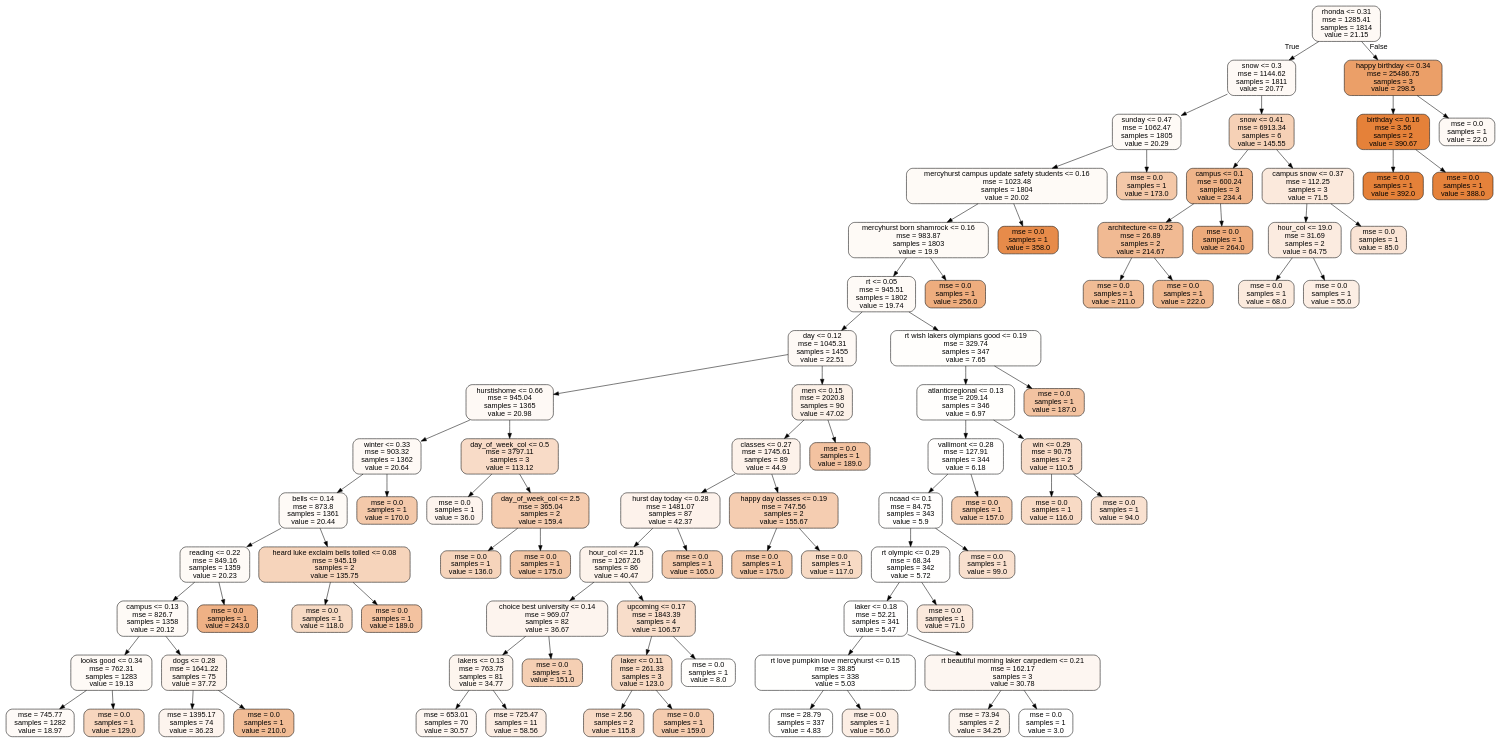
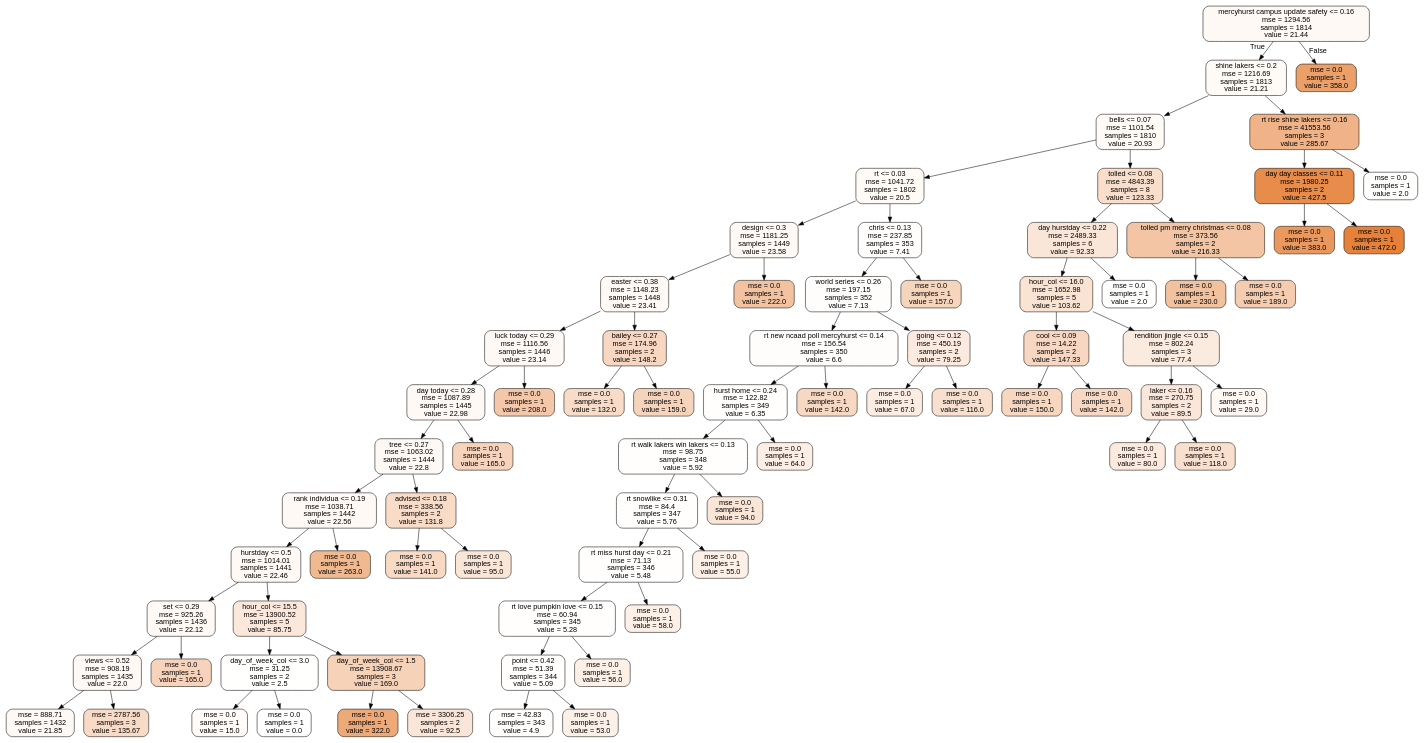
One commit to justinminsk/mining_mercyhurst changed the diagram in rf.dot. Above: the diagram before and after it, drawn with Graphviz. The commit also changed 7 other files, not shown here.

```diff
--- a/rf.dot
+++ b/rf.dot
@@ -1,173 +1,153 @@
 digraph Tree {
 node [shape=box, style="filled, rounded", color="black", fontname=helvetica] ;
 edge [fontname=helvetica] ;
-0 [label="rhonda <= 0.31\nmse = 1285.41\nsamples = 1814\nvalue = 21.15", fillcolor="#e581390c"] ;
-1 [label="snow <= 0.3\nmse = 1144.62\nsamples = 1811\nvalue = 20.77", fillcolor="#e581390c"] ;
+0 [label="mercyhurst campus update safety <= 0.16\nmse = 1294.56\nsamples = 1814\nvalue = 21.44", fillcolor="#e581390c"] ;
+1 [label="shine lakers <= 0.2\nmse = 1216.69\nsamples = 1813\nvalue = 21.21", fillcolor="#e581390b"] ;
 0 -> 1 [labeldistance=2.5, labelangle=45, headlabel="True"] ;
-2 [label="sunday <= 0.47\nmse = 1062.47\nsamples = 1805\nvalue = 20.29", fillcolor="#e581390b"] ;
+2 [label="bells <= 0.07\nmse = 1101.54\nsamples = 1810\nvalue = 20.93", fillcolor="#e581390b"] ;
 1 -> 2 ;
-3 [label="mercyhurst campus update safety students <= 0.16\nmse = 1023.48\nsamples = 1804\nvalue = 20.02", fillcolor="#e581390b"] ;
+3 [label="rt <= 0.03\nmse = 1041.72\nsamples = 1802\nvalue = 20.5", fillcolor="#e581390b"] ;
 2 -> 3 ;
-4 [label="mercyhurst born shamrock <= 0.16\nmse = 983.87\nsamples = 1803\nvalue = 19.9", fillcolor="#e581390b"] ;
+4 [label="design <= 0.3\nmse = 1181.25\nsamples = 1449\nvalue = 23.58", fillcolor="#e581390d"] ;
 3 -> 4 ;
-5 [label="rt <= 0.05\nmse = 945.51\nsamples = 1802\nvalue = 19.74", fillcolor="#e581390b"] ;
+5 [label="easter <= 0.38\nmse = 1148.23\nsamples = 1448\nvalue = 23.41", fillcolor="#e581390d"] ;
 4 -> 5 ;
-6 [label="day <= 0.12\nmse = 1045.31\nsamples = 1455\nvalue = 22.51", fillcolor="#e581390d"] ;
+6 [label="luck today <= 0.29\nmse = 1116.56\nsamples = 1446\nvalue = 23.14", fillcolor="#e581390d"] ;
 5 -> 6 ;
-7 [label="hurstishome <= 0.66\nmse = 945.04\nsamples = 1365\nvalue = 20.98", fillcolor="#e581390c"] ;
+7 [label="day today <= 0.28\nmse = 1087.89\nsamples = 1445\nvalue = 22.98", fillcolor="#e581390c"] ;
 6 -> 7 ;
-8 [label="winter <= 0.33\nmse = 903.32\nsamples = 1362\nvalue = 20.64", fillcolor="#e581390c"] ;
+8 [label="tree <= 0.27\nmse = 1063.02\nsamples = 1444\nvalue = 22.8", fillcolor="#e581390c"] ;
 7 -> 8 ;
-9 [label="bells <= 0.14\nmse = 873.8\nsamples = 1361\nvalue = 20.44", fillcolor="#e581390b"] ;
+9 [label="rank individua <= 0.19\nmse = 1038.71\nsamples = 1442\nvalue = 22.56", fillcolor="#e581390c"] ;
 8 -> 9 ;
-10 [label="reading <= 0.22\nmse = 849.16\nsamples = 1359\nvalue = 20.23", fillcolor="#e581390b"] ;
+10 [label="hurstday <= 0.5\nmse = 1014.01\nsamples = 1441\nvalue = 22.46", fillcolor="#e581390c"] ;
 9 -> 10 ;
-11 [label="campus <= 0.13\nmse = 826.7\nsamples = 1358\nvalue = 20.12", fillcolor="#e581390b"] ;
+11 [label="set <= 0.29\nmse = 925.26\nsamples = 1436\nvalue = 22.12", fillcolor="#e581390c"] ;
 10 -> 11 ;
-12 [label="looks good <= 0.34\nmse = 762.31\nsamples = 1283\nvalue = 19.13", fillcolor="#e581390b"] ;
+12 [label="views <= 0.52\nmse = 908.19\nsamples = 1435\nvalue = 22.0", fillcolor="#e581390c"] ;
 11 -> 12 ;
-13 [label="mse = 745.77\nsamples = 1282\nvalue = 18.97", fillcolor="#e581390a"] ;
+13 [label="mse = 888.71\nsamples = 1432\nvalue = 21.85", fillcolor="#e581390c"] ;
 12 -> 13 ;
-14 [label="mse = 0.0\nsamples = 1\nvalue = 129.0", fillcolor="#e5813953"] ;
+14 [label="mse = 2787.56\nsamples = 3\nvalue = 135.67", fillcolor="#e5813949"] ;
 12 -> 14 ;
-15 [label="dogs <= 0.28\nmse = 1641.22\nsamples = 75\nvalue = 37.72", fillcolor="#e5813917"] ;
+15 [label="mse = 0.0\nsamples = 1\nvalue = 165.0", fillcolor="#e5813959"] ;
 11 -> 15 ;
-16 [label="mse = 1395.17\nsamples = 74\nvalue = 36.23", fillcolor="#e5813916"] ;
-15 -> 16 ;
-17 [label="mse = 0.0\nsamples = 1\nvalue = 210.0", fillcolor="#e5813988"] ;
-15 -> 17 ;
-18 [label="mse = 0.0\nsamples = 1\nvalue = 243.0", fillcolor="#e581399d"] ;
-10 -> 18 ;
-19 [label="heard luke exclaim bells tolled <= 0.08\nmse = 945.19\nsamples = 2\nvalue = 135.75", fillcolor="#e5813957"] ;
-9 -> 19 ;
-20 [label="mse = 0.0\nsamples = 1\nvalue = 118.0", fillcolor="#e581394b"] ;
-19 -> 20 ;
-21 [label="mse = 0.0\nsamples = 1\nvalue = 189.0", fillcolor="#e581397a"] ;
-19 -> 21 ;
-22 [label="mse = 0.0\nsamples = 1\nvalue = 170.0", fillcolor="#e581396d"] ;
-8 -> 22 ;
-23 [label="day_of_week_col <= 0.5\nmse = 3797.11\nsamples = 3\nvalue = 113.12", fillcolor="#e5813948"] ;
-7 -> 23 ;
-24 [label="mse = 0.0\nsamples = 1\nvalue = 36.0", fillcolor="#e5813916"] ;
-23 -> 24 ;
-25 [label="day_of_week_col <= 2.5\nmse = 365.04\nsamples = 2\nvalue = 159.4", fillcolor="#e5813967"] ;
-23 -> 25 ;
-26 [label="mse = 0.0\nsamples = 1\nvalue = 136.0", fillcolor="#e5813957"] ;
-25 -> 26 ;
-27 [label="mse = 0.0\nsamples = 1\nvalue = 175.0", fillcolor="#e5813971"] ;
-25 -> 27 ;
-28 [label="men <= 0.15\nmse = 2020.8\nsamples = 90\nvalue = 47.02", fillcolor="#e581391d"] ;
+16 [label="hour_col <= 15.5\nmse = 13900.52\nsamples = 5\nvalue = 85.75", fillcolor="#e581392e"] ;
+10 -> 16 ;
+17 [label="day_of_week_col <= 3.0\nmse = 31.25\nsamples = 2\nvalue = 2.5", fillcolor="#e5813901"] ;
+16 -> 17 ;
+18 [label="mse = 0.0\nsamples = 1\nvalue = 15.0", fillcolor="#e5813908"] ;
+17 -> 18 ;
+19 [label="mse = 0.0\nsamples = 1\nvalue = 0.0", fillcolor="#e5813900"] ;
+17 -> 19 ;
+20 [label="day_of_week_col <= 1.5\nmse = 13908.67\nsamples = 3\nvalue = 169.0", fillcolor="#e581395b"] ;
+16 -> 20 ;
+21 [label="mse = 0.0\nsamples = 1\nvalue = 322.0", fillcolor="#e58139ae"] ;
+20 -> 21 ;
+22 [label="mse = 3306.25\nsamples = 2\nvalue = 92.5", fillcolor="#e5813932"] ;
+20 -> 22 ;
+23 [label="mse = 0.0\nsamples = 1\nvalue = 263.0", fillcolor="#e581398e"] ;
+9 -> 23 ;
+24 [label="advised <= 0.18\nmse = 338.56\nsamples = 2\nvalue = 131.8", fillcolor="#e5813947"] ;
+8 -> 24 ;
+25 [label="mse = 0.0\nsamples = 1\nvalue = 141.0", fillcolor="#e581394c"] ;
+24 -> 25 ;
+26 [label="mse = 0.0\nsamples = 1\nvalue = 95.0", fillcolor="#e5813933"] ;
+24 -> 26 ;
+27 [label="mse = 0.0\nsamples = 1\nvalue = 165.0", fillcolor="#e5813959"] ;
+7 -> 27 ;
+28 [label="mse = 0.0\nsamples = 1\nvalue = 208.0", fillcolor="#e5813970"] ;
 6 -> 28 ;
-29 [label="classes <= 0.27\nmse = 1745.61\nsamples = 89\nvalue = 44.9", fillcolor="#e581391b"] ;
-28 -> 29 ;
-30 [label="hurst day today <= 0.28\nmse = 1481.07\nsamples = 87\nvalue = 42.37", fillcolor="#e581391a"] ;
+29 [label="bailey <= 0.27\nmse = 174.96\nsamples = 2\nvalue = 148.2", fillcolor="#e5813950"] ;
+5 -> 29 ;
+30 [label="mse = 0.0\nsamples = 1\nvalue = 132.0", fillcolor="#e5813947"] ;
 29 -> 30 ;
-31 [label="hour_col <= 21.5\nmse = 1267.26\nsamples = 86\nvalue = 40.47", fillcolor="#e5813919"] ;
-30 -> 31 ;
-32 [label="choice best university <= 0.14\nmse = 969.07\nsamples = 82\nvalue = 36.67", fillcolor="#e5813916"] ;
-31 -> 32 ;
-33 [label="lakers <= 0.13\nmse = 763.75\nsamples = 81\nvalue = 34.77", fillcolor="#e5813915"] ;
-32 -> 33 ;
-34 [label="mse = 653.01\nsamples = 70\nvalue = 30.57", fillcolor="#e5813912"] ;
+31 [label="mse = 0.0\nsamples = 1\nvalue = 159.0", fillcolor="#e5813956"] ;
+29 -> 31 ;
+32 [label="mse = 0.0\nsamples = 1\nvalue = 222.0", fillcolor="#e5813978"] ;
+4 -> 32 ;
+33 [label="chris <= 0.13\nmse = 237.85\nsamples = 353\nvalue = 7.41", fillcolor="#e5813904"] ;
+3 -> 33 ;
+34 [label="world series <= 0.26\nmse = 197.15\nsamples = 352\nvalue = 7.13", fillcolor="#e5813904"] ;
 33 -> 34 ;
-35 [label="mse = 725.47\nsamples = 11\nvalue = 58.56", fillcolor="#e5813924"] ;
-33 -> 35 ;
-36 [label="mse = 0.0\nsamples = 1\nvalue = 151.0", fillcolor="#e5813961"] ;
-32 -> 36 ;
-37 [label="upcoming <= 0.17\nmse = 1843.39\nsamples = 4\nvalue = 106.57", fillcolor="#e5813944"] ;
-31 -> 37 ;
-38 [label="laker <= 0.11\nmse = 261.33\nsamples = 3\nvalue = 123.0", fillcolor="#e581394f"] ;
+35 [label="rt new ncaad poll mercyhurst <= 0.14\nmse = 156.54\nsamples = 350\nvalue = 6.6", fillcolor="#e5813904"] ;
+34 -> 35 ;
+36 [label="hurst home <= 0.24\nmse = 122.82\nsamples = 349\nvalue = 6.35", fillcolor="#e5813903"] ;
+35 -> 36 ;
+37 [label="rt walk lakers win lakers <= 0.13\nmse = 98.75\nsamples = 348\nvalue = 5.92", fillcolor="#e5813903"] ;
+36 -> 37 ;
+38 [label="rt snowlike <= 0.31\nmse = 84.4\nsamples = 347\nvalue = 5.76", fillcolor="#e5813903"] ;
 37 -> 38 ;
-39 [label="mse = 2.56\nsamples = 2\nvalue = 115.8", fillcolor="#e581394a"] ;
+39 [label="rt miss hurst day <= 0.21\nmse = 71.13\nsamples = 346\nvalue = 5.48", fillcolor="#e5813903"] ;
 38 -> 39 ;
-40 [label="mse = 0.0\nsamples = 1\nvalue = 159.0", fillcolor="#e5813966"] ;
-38 -> 40 ;
-41 [label="mse = 0.0\nsamples = 1\nvalue = 8.0", fillcolor="#e5813903"] ;
-37 -> 41 ;
-42 [label="mse = 0.0\nsamples = 1\nvalue = 165.0", fillcolor="#e581396a"] ;
-30 -> 42 ;
-43 [label="happy day classes <= 0.19\nmse = 747.56\nsamples = 2\nvalue = 155.67", fillcolor="#e5813964"] ;
-29 -> 43 ;
-44 [label="mse = 0.0\nsamples = 1\nvalue = 175.0", fillcolor="#e5813971"] ;
-43 -> 44 ;
-45 [label="mse = 0.0\nsamples = 1\nvalue = 117.0", fillcolor="#e581394b"] ;
-43 -> 45 ;
-46 [label="mse = 0.0\nsamples = 1\nvalue = 189.0", fillcolor="#e581397a"] ;
-28 -> 46 ;
-47 [label="rt wish lakers olympians good <= 0.19\nmse = 329.74\nsamples = 347\nvalue = 7.65", fillcolor="#e5813903"] ;
-5 -> 47 ;
-48 [label="atlanticregional <= 0.13\nmse = 209.14\nsamples = 346\nvalue = 6.97", fillcolor="#e5813903"] ;
-47 -> 48 ;
-49 [label="vallimont <= 0.28\nmse = 127.91\nsamples = 344\nvalue = 6.18", fillcolor="#e5813902"] ;
-48 -> 49 ;
-50 [label="ncaad <= 0.1\nmse = 84.75\nsamples = 343\nvalue = 5.9", fillcolor="#e5813902"] ;
-49 -> 50 ;
-51 [label="rt olympic <= 0.29\nmse = 68.34\nsamples = 342\nvalue = 5.72", fillcolor="#e5813902"] ;
+40 [label="rt love pumpkin love <= 0.15\nmse = 60.94\nsamples = 345\nvalue = 5.28", fillcolor="#e5813903"] ;
+39 -> 40 ;
+41 [label="point <= 0.42\nmse = 51.39\nsamples = 344\nvalue = 5.09", fillcolor="#e5813903"] ;
+40 -> 41 ;
+42 [label="mse = 42.83\nsamples = 343\nvalue = 4.9", fillcolor="#e5813903"] ;
+41 -> 42 ;
+43 [label="mse = 0.0\nsamples = 1\nvalue = 53.0", fillcolor="#e581391d"] ;
+41 -> 43 ;
+44 [label="mse = 0.0\nsamples = 1\nvalue = 56.0", fillcolor="#e581391e"] ;
+40 -> 44 ;
+45 [label="mse = 0.0\nsamples = 1\nvalue = 58.0", fillcolor="#e581391f"] ;
+39 -> 45 ;
+46 [label="mse = 0.0\nsamples = 1\nvalue = 55.0", fillcolor="#e581391e"] ;
+38 -> 46 ;
+47 [label="mse = 0.0\nsamples = 1\nvalue = 94.0", fillcolor="#e5813933"] ;
+37 -> 47 ;
+48 [label="mse = 0.0\nsamples = 1\nvalue = 64.0", fillcolor="#e5813923"] ;
+36 -> 48 ;
+49 [label="mse = 0.0\nsamples = 1\nvalue = 142.0", fillcolor="#e581394d"] ;
+35 -> 49 ;
+50 [label="going <= 0.12\nmse = 450.19\nsamples = 2\nvalue = 79.25", fillcolor="#e581392b"] ;
+34 -> 50 ;
+51 [label="mse = 0.0\nsamples = 1\nvalue = 67.0", fillcolor="#e5813924"] ;
 50 -> 51 ;
-52 [label="laker <= 0.18\nmse = 52.21\nsamples = 341\nvalue = 5.47", fillcolor="#e5813902"] ;
-51 -> 52 ;
-53 [label="rt love pumpkin love mercyhurst <= 0.15\nmse = 38.85\nsamples = 338\nvalue = 5.03", fillcolor="#e5813901"] ;
-52 -> 53 ;
-54 [label="mse = 28.79\nsamples = 337\nvalue = 4.83", fillcolor="#e5813901"] ;
-53 -> 54 ;
-55 [label="mse = 0.0\nsamples = 1\nvalue = 56.0", fillcolor="#e5813923"] ;
-53 -> 55 ;
-56 [label="rt beautiful morning laker carpediem <= 0.21\nmse = 162.17\nsamples = 3\nvalue = 30.78", fillcolor="#e5813912"] ;
-52 -> 56 ;
-57 [label="mse = 73.94\nsamples = 2\nvalue = 34.25", fillcolor="#e5813914"] ;
+52 [label="mse = 0.0\nsamples = 1\nvalue = 116.0", fillcolor="#e581393f"] ;
+50 -> 52 ;
+53 [label="mse = 0.0\nsamples = 1\nvalue = 157.0", fillcolor="#e5813955"] ;
+33 -> 53 ;
+54 [label="tolled <= 0.08\nmse = 4843.39\nsamples = 8\nvalue = 123.33", fillcolor="#e5813943"] ;
+2 -> 54 ;
+55 [label="day hurstday <= 0.22\nmse = 2489.33\nsamples = 6\nvalue = 92.33", fillcolor="#e5813932"] ;
+54 -> 55 ;
+56 [label="hour_col <= 16.0\nmse = 1652.98\nsamples = 5\nvalue = 103.62", fillcolor="#e5813938"] ;
+55 -> 56 ;
+57 [label="cool <= 0.09\nmse = 14.22\nsamples = 2\nvalue = 147.33", fillcolor="#e5813950"] ;
 56 -> 57 ;
-58 [label="mse = 0.0\nsamples = 1\nvalue = 3.0", fillcolor="#e5813900"] ;
-56 -> 58 ;
-59 [label="mse = 0.0\nsamples = 1\nvalue = 71.0", fillcolor="#e581392d"] ;
-51 -> 59 ;
-60 [label="mse = 0.0\nsamples = 1\nvalue = 99.0", fillcolor="#e581393f"] ;
-50 -> 60 ;
-61 [label="mse = 0.0\nsamples = 1\nvalue = 157.0", fillcolor="#e5813965"] ;
-49 -> 61 ;
-62 [label="win <= 0.29\nmse = 90.75\nsamples = 2\nvalue = 110.5", fillcolor="#e5813946"] ;
-48 -> 62 ;
-63 [label="mse = 0.0\nsamples = 1\nvalue = 116.0", fillcolor="#e581394a"] ;
-62 -> 63 ;
-64 [label="mse = 0.0\nsamples = 1\nvalue = 94.0", fillcolor="#e581393c"] ;
-62 -> 64 ;
-65 [label="mse = 0.0\nsamples = 1\nvalue = 187.0", fillcolor="#e5813979"] ;
-47 -> 65 ;
-66 [label="mse = 0.0\nsamples = 1\nvalue = 256.0", fillcolor="#e58139a6"] ;
-4 -> 66 ;
-67 [label="mse = 0.0\nsamples = 1\nvalue = 358.0", fillcolor="#e58139e9"] ;
-3 -> 67 ;
-68 [label="mse = 0.0\nsamples = 1\nvalue = 173.0", fillcolor="#e581396f"] ;
-2 -> 68 ;
-69 [label="snow <= 0.41\nmse = 6913.34\nsamples = 6\nvalue = 145.55", fillcolor="#e581395d"] ;
+58 [label="mse = 0.0\nsamples = 1\nvalue = 150.0", fillcolor="#e5813951"] ;
+57 -> 58 ;
+59 [label="mse = 0.0\nsamples = 1\nvalue = 142.0", fillcolor="#e581394d"] ;
+57 -> 59 ;
+60 [label="rendition jingle <= 0.15\nmse = 802.24\nsamples = 3\nvalue = 77.4", fillcolor="#e581392a"] ;
+56 -> 60 ;
+61 [label="laker <= 0.16\nmse = 270.75\nsamples = 2\nvalue = 89.5", fillcolor="#e5813930"] ;
+60 -> 61 ;
+62 [label="mse = 0.0\nsamples = 1\nvalue = 80.0", fillcolor="#e581392b"] ;
+61 -> 62 ;
+63 [label="mse = 0.0\nsamples = 1\nvalue = 118.0", fillcolor="#e5813940"] ;
+61 -> 63 ;
+64 [label="mse = 0.0\nsamples = 1\nvalue = 29.0", fillcolor="#e5813910"] ;
+60 -> 64 ;
+65 [label="mse = 0.0\nsamples = 1\nvalue = 2.0", fillcolor="#e5813901"] ;
+55 -> 65 ;
+66 [label="tolled pm merry christmas <= 0.08\nmse = 373.56\nsamples = 2\nvalue = 216.33", fillcolor="#e5813975"] ;
+54 -> 66 ;
+67 [label="mse = 0.0\nsamples = 1\nvalue = 230.0", fillcolor="#e581397c"] ;
+66 -> 67 ;
+68 [label="mse = 0.0\nsamples = 1\nvalue = 189.0", fillcolor="#e5813966"] ;
+66 -> 68 ;
+69 [label="rt rise shine lakers <= 0.16\nmse = 41553.56\nsamples = 3\nvalue = 285.67", fillcolor="#e581399a"] ;
 1 -> 69 ;
-70 [label="campus <= 0.1\nmse = 600.24\nsamples = 3\nvalue = 234.4", fillcolor="#e5813998"] ;
+70 [label="day day classes <= 0.11\nmse = 1980.25\nsamples = 2\nvalue = 427.5", fillcolor="#e58139e7"] ;
 69 -> 70 ;
-71 [label="architecture <= 0.22\nmse = 26.89\nsamples = 2\nvalue = 214.67", fillcolor="#e581398b"] ;
+71 [label="mse = 0.0\nsamples = 1\nvalue = 383.0", fillcolor="#e58139cf"] ;
 70 -> 71 ;
-72 [label="mse = 0.0\nsamples = 1\nvalue = 211.0", fillcolor="#e5813988"] ;
-71 -> 72 ;
-73 [label="mse = 0.0\nsamples = 1\nvalue = 222.0", fillcolor="#e5813990"] ;
-71 -> 73 ;
-74 [label="mse = 0.0\nsamples = 1\nvalue = 264.0", fillcolor="#e58139ab"] ;
-70 -> 74 ;
-75 [label="campus snow <= 0.37\nmse = 112.25\nsamples = 3\nvalue = 71.5", fillcolor="#e581392d"] ;
-69 -> 75 ;
-76 [label="hour_col <= 19.0\nmse = 31.69\nsamples = 2\nvalue = 64.75", fillcolor="#e5813928"] ;
-75 -> 76 ;
-77 [label="mse = 0.0\nsamples = 1\nvalue = 68.0", fillcolor="#e581392b"] ;
-76 -> 77 ;
-78 [label="mse = 0.0\nsamples = 1\nvalue = 55.0", fillcolor="#e5813922"] ;
-76 -> 78 ;
-79 [label="mse = 0.0\nsamples = 1\nvalue = 85.0", fillcolor="#e5813936"] ;
-75 -> 79 ;
-80 [label="happy birthday <= 0.34\nmse = 25486.75\nsamples = 3\nvalue = 298.5", fillcolor="#e58139c2"] ;
-0 -> 80 [labeldistance=2.5, labelangle=-45, headlabel="False"] ;
-81 [label="birthday <= 0.16\nmse = 3.56\nsamples = 2\nvalue = 390.67", fillcolor="#e58139fe"] ;
-80 -> 81 ;
-82 [label="mse = 0.0\nsamples = 1\nvalue = 392.0", fillcolor="#e58139ff"] ;
-81 -> 82 ;
-83 [label="mse = 0.0\nsamples = 1\nvalue = 388.0", fillcolor="#e58139fc"] ;
-81 -> 83 ;
-84 [label="mse = 0.0\nsamples = 1\nvalue = 22.0", fillcolor="#e581390c"] ;
-80 -> 84 ;
+72 [label="mse = 0.0\nsamples = 1\nvalue = 472.0", fillcolor="#e58139ff"] ;
+70 -> 72 ;
+73 [label="mse = 0.0\nsamples = 1\nvalue = 2.0", fillcolor="#e5813901"] ;
+69 -> 73 ;
+74 [label="mse = 0.0\nsamples = 1\nvalue = 358.0", fillcolor="#e58139c1"] ;
+0 -> 74 [labeldistance=2.5, labelangle=-45, headlabel="False"] ;
 }
```
